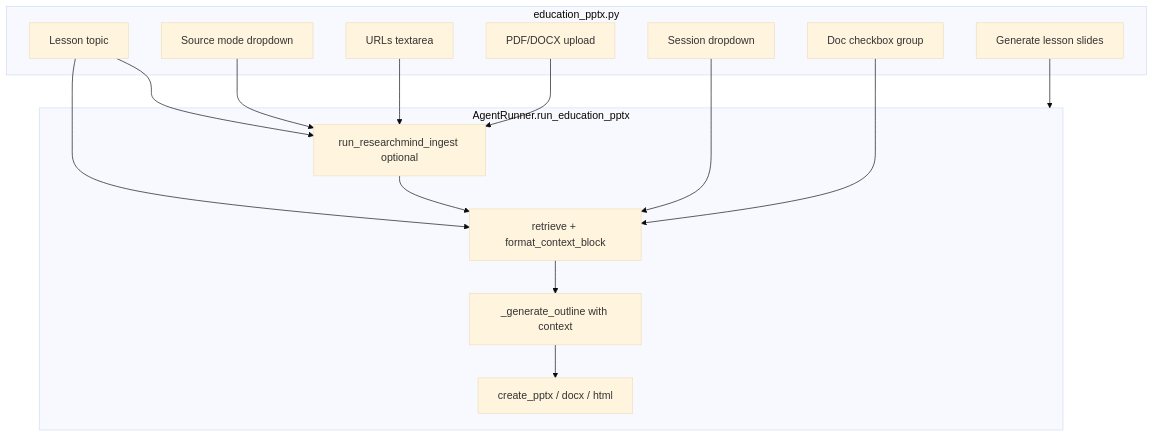
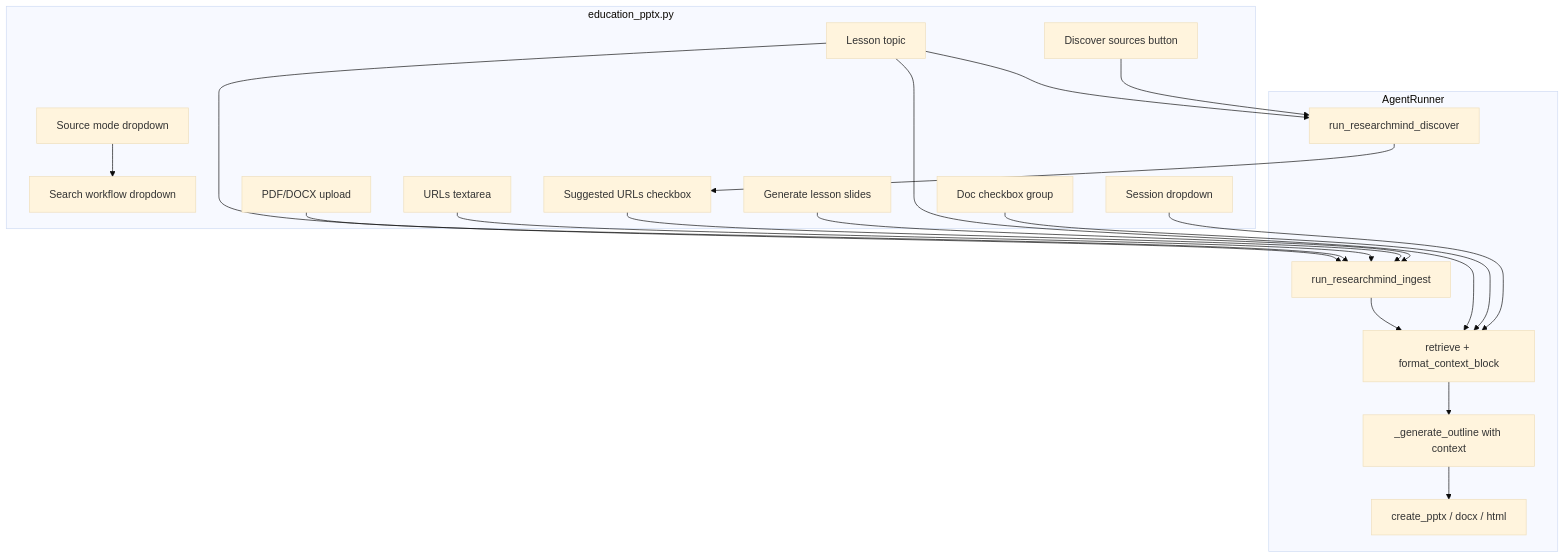
The diagram in .cursor/plans/lesson_slides_search_rag_832c4077.plan.md (MSghais/small-model-hackathon), drawn with Mermaid (base theme) before and after one commit. The commit also changed other lines of this file and 3 other files, not shown here.

````diff
--- a/.cursor/plans/lesson_slides_search_rag_832c4077.plan.md
+++ b/.cursor/plans/lesson_slides_search_rag_832c4077.plan.md
@@ -39,31 +50,39 @@
 ```mermaid
 flowchart TB
   subgraph ui [education_pptx.py]
     Topic[Lesson topic]
-    Mode[Source mode dropdown]
+    SourceMode[Source mode dropdown]
+    SearchFlow[Search workflow dropdown]
+    Discover[Discover sources button]
+    URLChoices[Suggested URLs checkbox]
     URLs[URLs textarea]
     Files[PDF/DOCX upload]
     Session[Session dropdown]
     Docs[Doc checkbox group]
     Gen[Generate lesson slides]
   end
 
-  subgraph runner [AgentRunner.run_education_pptx]
-    Ingest[run_researchmind_ingest optional]
+  subgraph runner [AgentRunner]
+    DiscoverFn[run_researchmind_discover]
+    Ingest[run_researchmind_ingest]
     Retrieve[retrieve + format_context_block]
     Outline[_generate_outline with context]
     Export[create_pptx / docx / html]
   end
 
-  Gen --> runner
-  Mode --> Ingest
+  SourceMode --> SearchFlow
+  Discover --> DiscoverFn
+  DiscoverFn --> URLChoices
+  Gen --> Ingest
+  URLChoices --> Ingest
   URLs --> Ingest
   Files --> Ingest
   Session --> Retrieve
   Docs --> Retrieve
+  Topic --> DiscoverFn
   Topic --> Ingest
   Topic --> Retrieve
   Ingest --> Retrieve
   Retrieve --> Outline
   Outline --> Export
 ```
````
